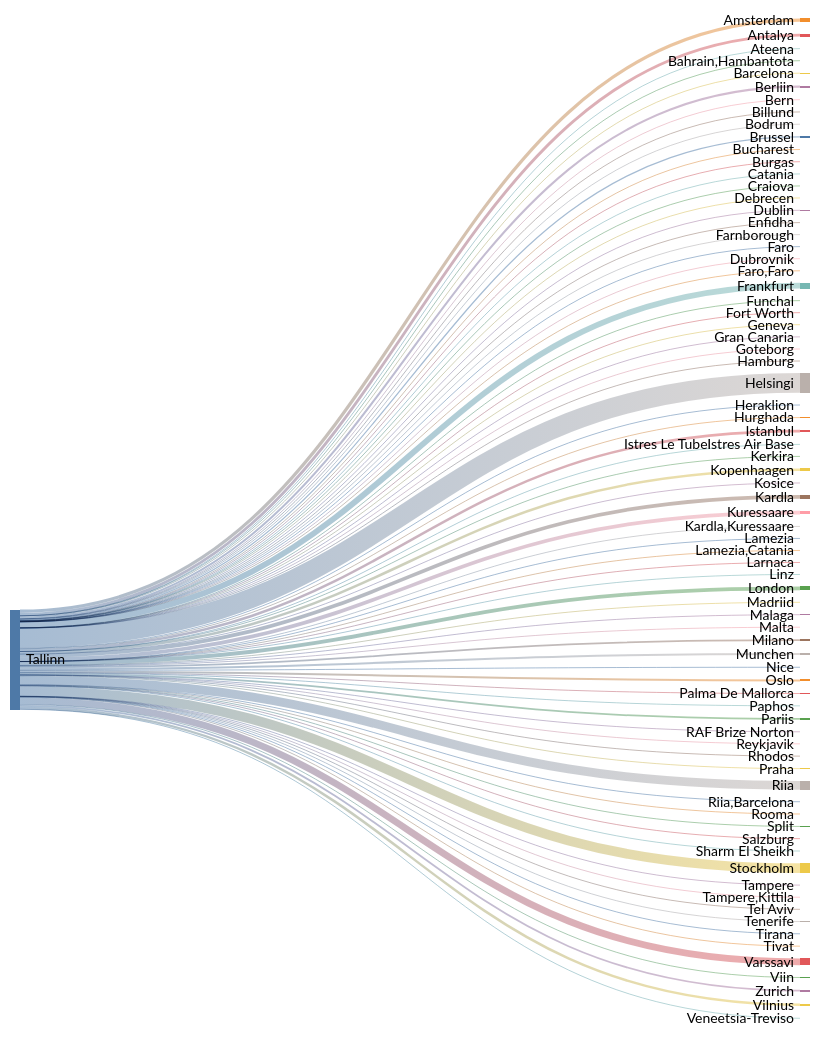
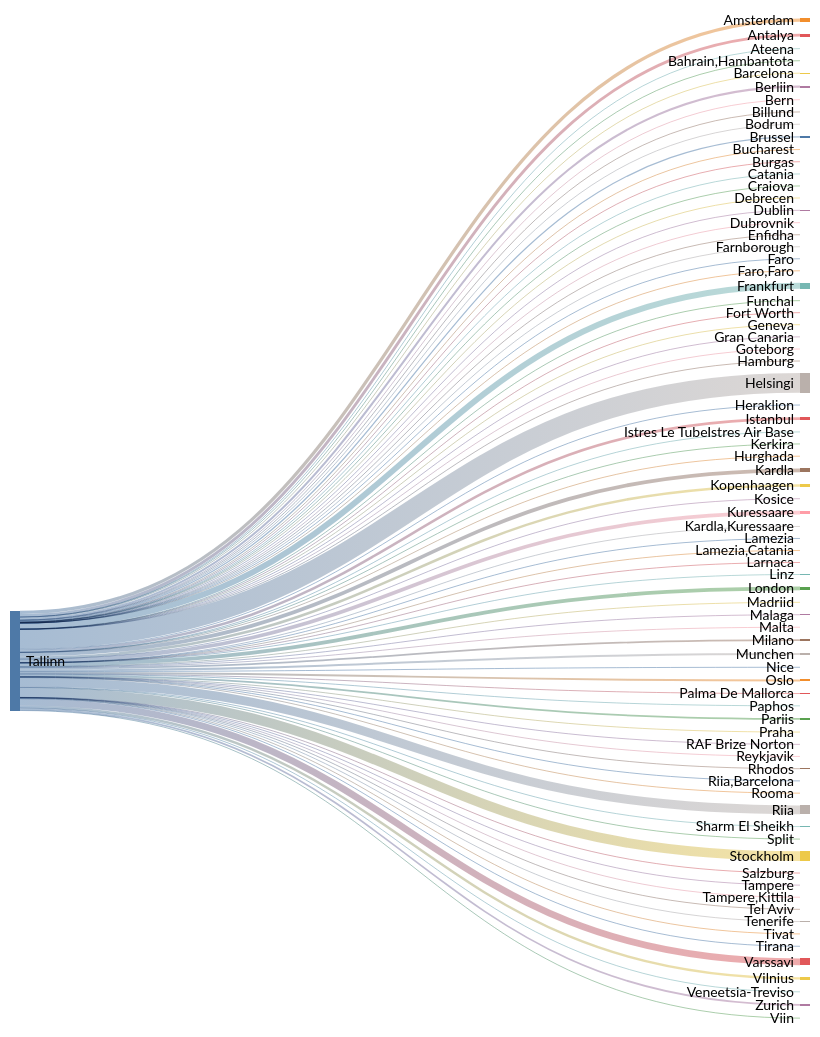
The second of 2 diagrams in README.md (rainermesi/tll-airport-departures), drawn with Mermaid (forest theme) before and after one commit. The commit also changed other lines of this file and 1 other file, not shown here.

````diff
--- a/README.md
+++ b/README.md
@@ -41,16 +41,16 @@
 ---
 sankey-beta
 %% source,target,value
-Tallinn,Amsterdam,513
-Tallinn,Antalya,454
+Tallinn,Amsterdam,515
+Tallinn,Antalya,456
 Tallinn,Ateena,16
 Tallinn,"Bahrain,Hambantota",1
-Tallinn,Barcelona,143
+Tallinn,Barcelona,145
 Tallinn,Berliin,324
 Tallinn,Bern,1
-Tallinn,Billund,81
+Tallinn,Billund,82
 Tallinn,Bodrum,11
-Tallinn,Brussel,198
+Tallinn,Brussel,199
 Tallinn,Bucharest,1
 Tallinn,Burgas,65
 Tallinn,Catania,2
@@ -63,30 +63,30 @@
 Tallinn,Faro,4
 Tallinn,"Faro,Faro",1
 Tallinn,Fort Worth,1
-Tallinn,Frankfurt,922
+Tallinn,Frankfurt,925
 Tallinn,Funchal,5
 Tallinn,Geneva,13
 Tallinn,Gran Canaria,38
 Tallinn,Goteborg,2
 Tallinn,Hamburg,2
-Tallinn,Helsingi,3105
-Tallinn,Heraklion,108
+Tallinn,Helsingi,3116
+Tallinn,Heraklion,109
 Tallinn,Hurghada,75
-Tallinn,Istanbul,403
+Tallinn,Istanbul,404
 Tallinn,Istres Le TubeIstres Air Base,2
 Tallinn,Kerkira,4
-Tallinn,Kopenhaagen,405
+Tallinn,Kopenhaagen,407
 Tallinn,Kosice,1
-Tallinn,Kuressaare,586
-Tallinn,Kardla,588
+Tallinn,Kuressaare,588
+Tallinn,Kardla,590
 Tallinn,"Kardla,Kuressaare",1
 Tallinn,Lamezia,1
 Tallinn,"Lamezia,Catania",3
 Tallinn,Larnaca,4
 Tallinn,Linz,2
-Tallinn,London,601
+Tallinn,London,603
 Tallinn,Madriid,4
-Tallinn,Malaga,125
+Tallinn,Malaga,126
 Tallinn,Malta,31
 Tallinn,Milano,276
 Tallinn,Munchen,321
@@ -99,24 +99,24 @@
 Tallinn,RAF Brize Norton,1
 Tallinn,Reykjavik,20
 Tallinn,Rhodos,64
-Tallinn,Riia,1395
+Tallinn,Riia,1400
 Tallinn,"Riia,Barcelona",1
 Tallinn,Rooma,80
 Tallinn,Salzburg,14
-Tallinn,Sharm El Sheikh,104
+Tallinn,Sharm El Sheikh,105
 Tallinn,Split,57
-Tallinn,Stockholm,1535
+Tallinn,Stockholm,1541
 Tallinn,Tampere,17
 Tallinn,"Tampere,Kittila",21
 Tallinn,Tel Aviv,2
 Tallinn,Tenerife,58
 Tallinn,Tirana,38
 Tallinn,Tivat,73
-Tallinn,Varssavi,1070
+Tallinn,Varssavi,1073
 Tallinn,Veneetsia-Treviso,67
 Tallinn,Viin,106
-Tallinn,Vilnius,388
-Tallinn,Zurich,277
+Tallinn,Vilnius,389
+Tallinn,Zurich,278
 
 
 ```
````
